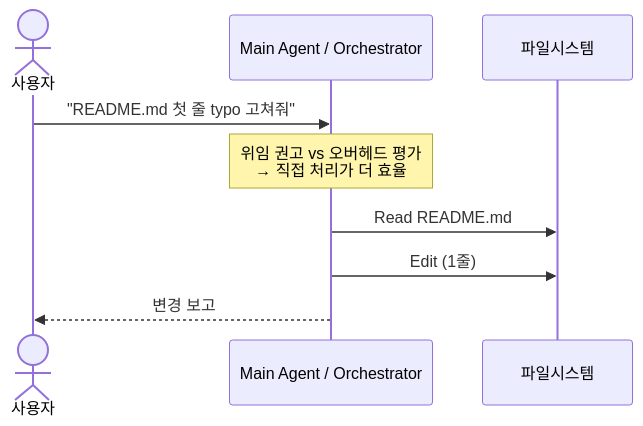
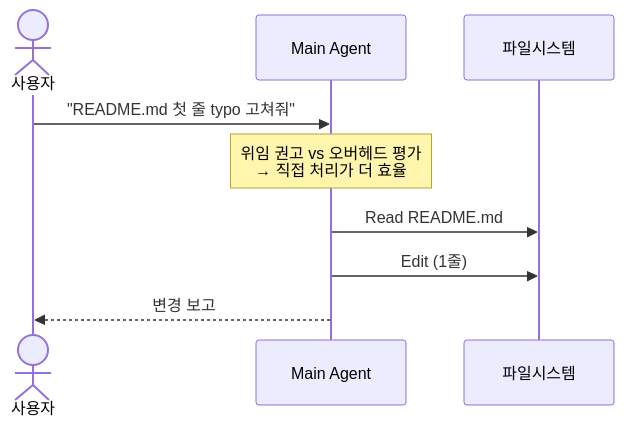
Before and after one commit to Hoodcat2255/hoodcat-harness: the fourth of 11 diagrams in docs/prompt-flow-after-cleanup-20260522.md, drawn with Mermaid. The commit also changed other lines of this file and 25 other files, not shown here.

````diff
--- a/docs/prompt-flow-after-cleanup-20260522.md
+++ b/docs/prompt-flow-after-cleanup-20260522.md
@@ -116,12 +111,12 @@
 ```mermaid
 sequenceDiagram
     actor U as 사용자
-    participant M as Main Agent / Orchestrator
+    participant M as Main Agent
     participant FS as 파일시스템
 
     U->>M: "README.md 첫 줄 typo 고쳐줘"
     Note over M: 위임 권고 vs 오버헤드 평가<br/>→ 직접 처리가 더 효율
     M->>FS: Read README.md
     M->>FS: Edit (1줄)
     M-->>U: 변경 보고
 ```
````
